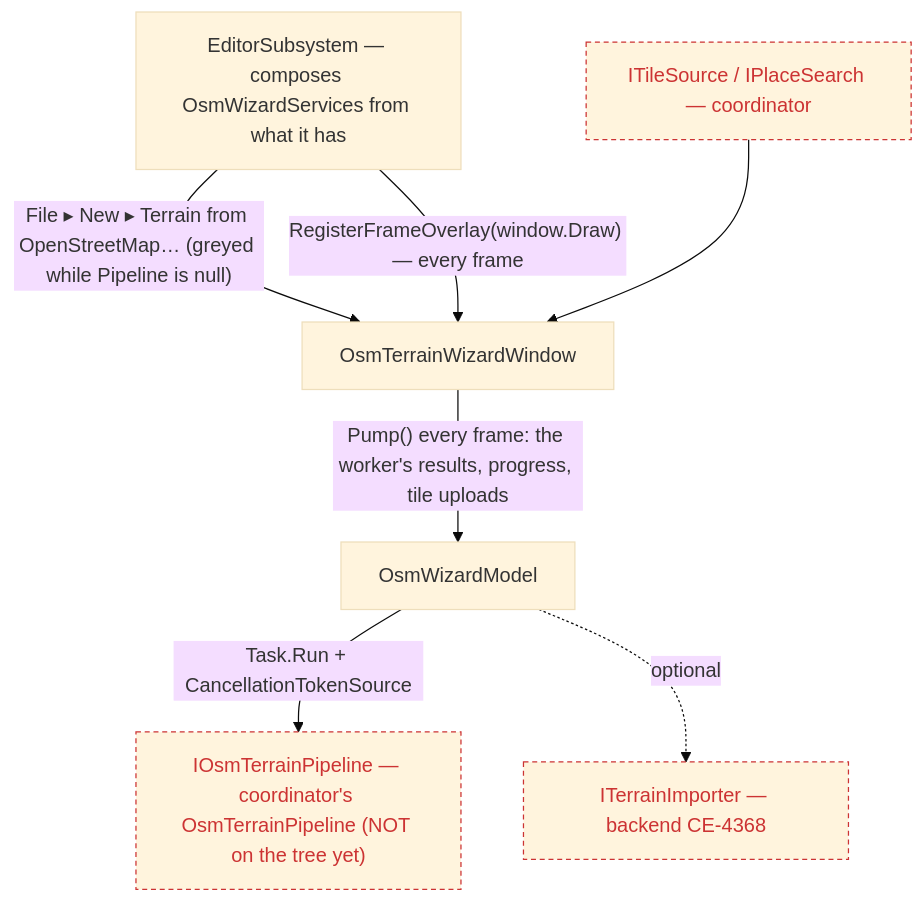
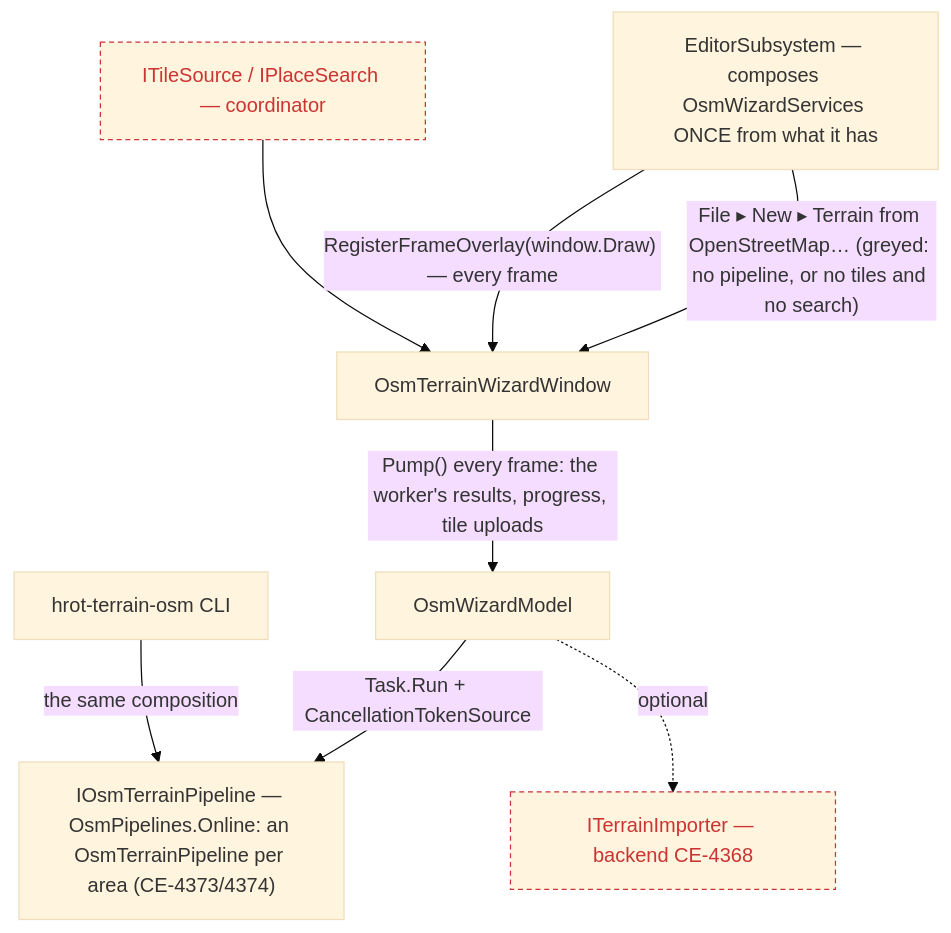
The fifth of 8 diagrams in docs/DESIGN_Terrain_From_OSM.md (pjanec/HROT), drawn with Mermaid (base theme) before and after one commit. The commit also changed other lines of this file and 8 other files, not shown here.

First line of the commit message:
CE-4375 W-3: compose the REAL OSM pipeline (OsmPipelines, shared with the CLI)

````diff
--- a/docs/DESIGN_Terrain_From_OSM.md
+++ b/docs/DESIGN_Terrain_From_OSM.md
@@ -350,11 +350,12 @@
 ```mermaid
 graph TD
-  EDITOR["EditorSubsystem — composes OsmWizardServices from what it has"] -->|"File ▸ New ▸ Terrain from OpenStreetMap… (greyed while Pipeline is null)"| WIN[OsmTerrainWizardWindow]
+  EDITOR["EditorSubsystem — composes OsmWizardServices ONCE from what it has"] -->|"File ▸ New ▸ Terrain from OpenStreetMap… (greyed: no pipeline, or no tiles and no search)"| WIN[OsmTerrainWizardWindow]
   EDITOR -->|"RegisterFrameOverlay(window.Draw) — every frame"| WIN
   WIN -->|"Pump() every frame: the worker's results, progress, tile uploads"| MODEL[OsmWizardModel]
-  MODEL -->|"Task.Run + CancellationTokenSource"| PIPE["IOsmTerrainPipeline — coordinator's OsmTerrainPipeline (NOT on the tree yet)"]
+  MODEL -->|"Task.Run + CancellationTokenSource"| PIPE["IOsmTerrainPipeline — OsmPipelines.Online: an OsmTerrainPipeline per area (CE-4373/4374)"]
+  CLI["hrot-terrain-osm CLI"] -->|"the same composition"| PIPE
   MODEL -.->|"optional"| IMP["ITerrainImporter — backend CE-4368"]
   TILES["ITileSource / IPlaceSearch — coordinator"] --> WIN
   classDef dead stroke:#c33,stroke-dasharray:4 3,color:#c33;
-  class PIPE,IMP,TILES dead;
+  class IMP,TILES dead;
 ```
````
